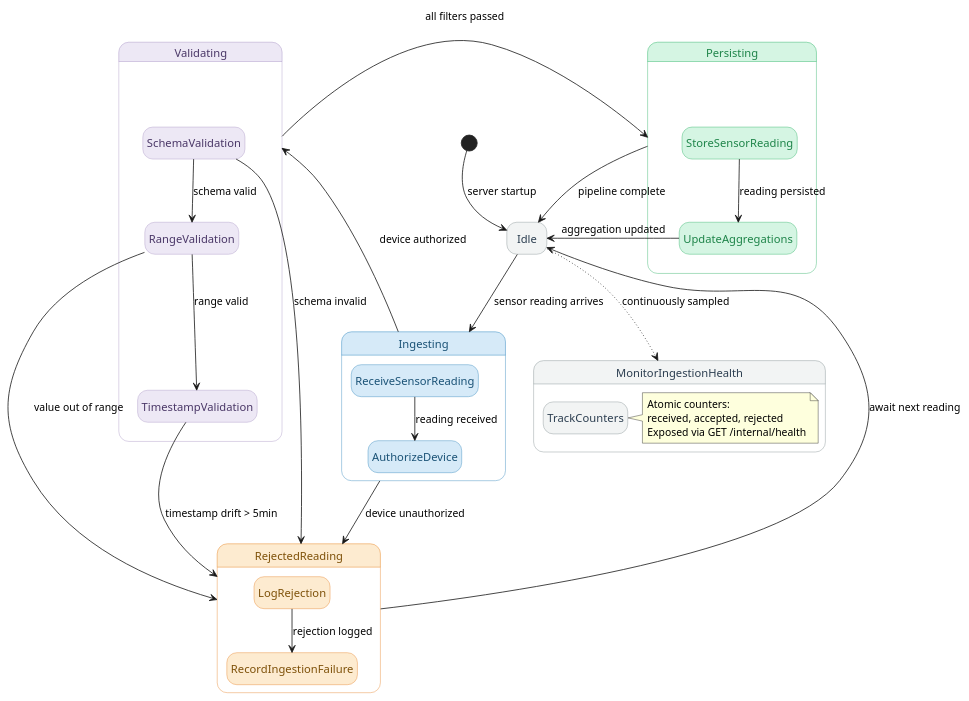
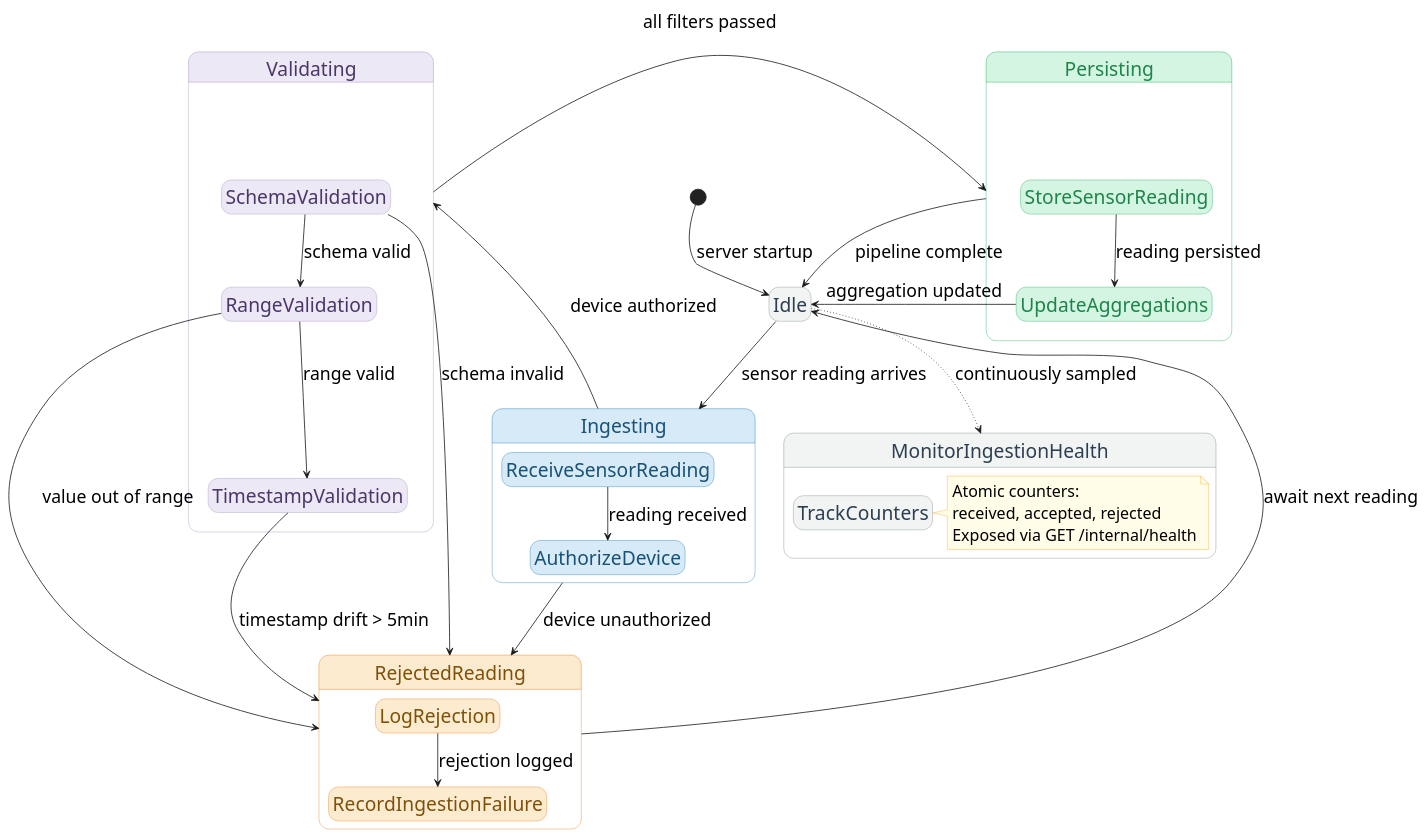
Before and after one commit to aarnphm/scemas-platform: the diagram in docs/diagrams/telemetry_management_controller.puml, drawn with PlantUML.

Commit message:
docs: adjusted font size for readability (#6)
Adjusted font size for readability

Updated skin parameters for state and notes in the telemetry management controller diagram.

```diff
--- a/docs/diagrams/telemetry_management_controller.puml
+++ b/docs/diagrams/telemetry_management_controller.puml
@@ -1,97 +1,105 @@
 @startuml telemetry_management_controller
 hide empty description
+skinparam stateFontSize 24
+skinparam stateArrowFontSize 22
+
+skinparam note {
+  FontSize 20
+  BackgroundColor #FFFDE7
+  BorderColor #F9A825
+}
 
 skinparam state {
   BackgroundColor<<idle>> #F2F4F4
   BorderColor<<idle>> #7F8C8D
   FontColor<<idle>> #2C3E50
 
   BackgroundColor<<ingest>> #D6EAF8
   BorderColor<<ingest>> #2980B9
   FontColor<<ingest>> #1A5276
 
   BackgroundColor<<validate>> #EDE8F5
   BorderColor<<validate>> #a692c3
   FontColor<<validate>> #4A3767
 
   BackgroundColor<<persist>> #D5F5E3
   BorderColor<<persist>> #27AE60
   FontColor<<persist>> #1E8449
 
   BackgroundColor<<error>> #FDEBD0
   BorderColor<<error>> #E67E22
   FontColor<<error>> #7E5109
 
   StartColor black
   EndColor black
 }
 
 ' ──────────────────────────────────
 ' PIPE-AND-FILTER PIPELINE
 ' ──────────────────────────────────
 
 state "Idle" as IDLE <<idle>>
 
 state "Ingesting" as ING <<ingest>> {
   state "ReceiveSensorReading" as RSR <<ingest>>
   state "AuthorizeDevice" as AD <<ingest>>
   RSR --> AD : reading received
 }
 
 state "Validating" as VAL <<validate>> {
   state "SchemaValidation" as SV <<validate>>
   state "RangeValidation" as RV <<validate>>
   state "TimestampValidation" as TV <<validate>>
   SV --> RV : schema valid
   RV --> TV : range valid
 }
 
 state "Persisting" as PER <<persist>> {
   state "StoreSensorReading" as SSR <<persist>>
   state "UpdateAggregations" as UA <<persist>>
   SSR --> UA : reading persisted
 }
 
 state "RejectedReading" as REJ <<error>> {
   state "LogRejection" as LR <<error>>
   state "RecordIngestionFailure" as RIF <<error>>
   LR --> RIF : rejection logged
 }
 
 ' ──────────────────────────────────
 ' TRANSITIONS
 ' ──────────────────────────────────
 
 [*] --> IDLE : server startup
 
 IDLE --> ING : sensor reading arrives
 
 ING --> VAL : device authorized
 ING --> REJ : device unauthorized
 
 VAL --> PER : all filters passed
 SV --> REJ : schema invalid
 RV --> REJ : value out of range
 TV --> REJ : timestamp drift > 5min
 
 PER --> IDLE : pipeline complete
 UA --> IDLE : aggregation updated
 
 REJ --> IDLE : await next reading
 
 ' ──────────────────────────────────
 ' HEALTH MONITORING (parallel)
 ' ──────────────────────────────────
 
 state "MonitorIngestionHealth" as MIH <<idle>> {
   state "TrackCounters" as TC <<idle>>
   note right of TC
     Atomic counters:
     received, accepted, rejected
     Exposed via GET /internal/health
   end note
 }
 
 IDLE -[dotted]-> MIH : continuously sampled
 
 @enduml
```
